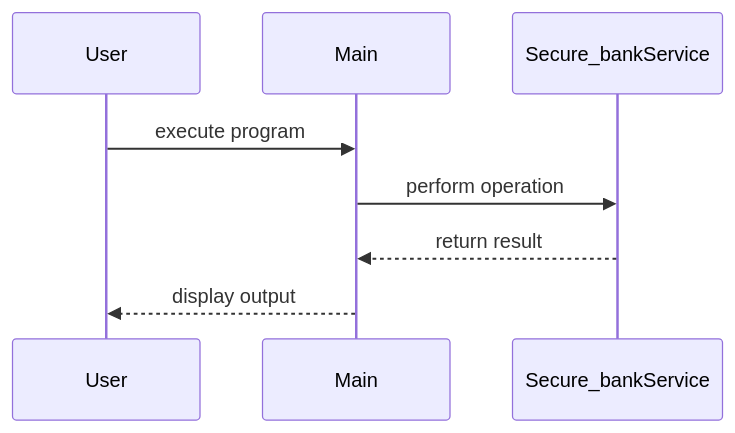
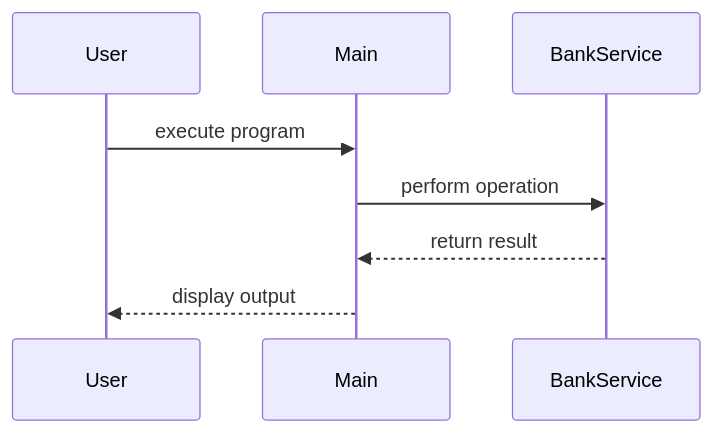
The diagram in reports/secure_bank/Design.md (jahnaviyakkala/EvoForge), drawn with Mermaid before and after one commit. The commit also changed other lines of this file and 7 other files, not shown here.

Commit message:
auto(sdlc): update secure_bank autonomously

````diff
--- a/reports/secure_bank/Design.md
+++ b/reports/secure_bank/Design.md
@@ -12,11 +12,11 @@
 ```mermaid
 sequenceDiagram
     participant User
     participant Main
-    participant Secure_bankService
+    participant BankService
 
     User->>Main: execute program
-    Main->>Secure_bankService: perform operation
-    Secure_bankService-->>Main: return result
+    Main->>BankService: perform operation
+    BankService-->>Main: return result
     Main-->>User: display output
 ```
````
